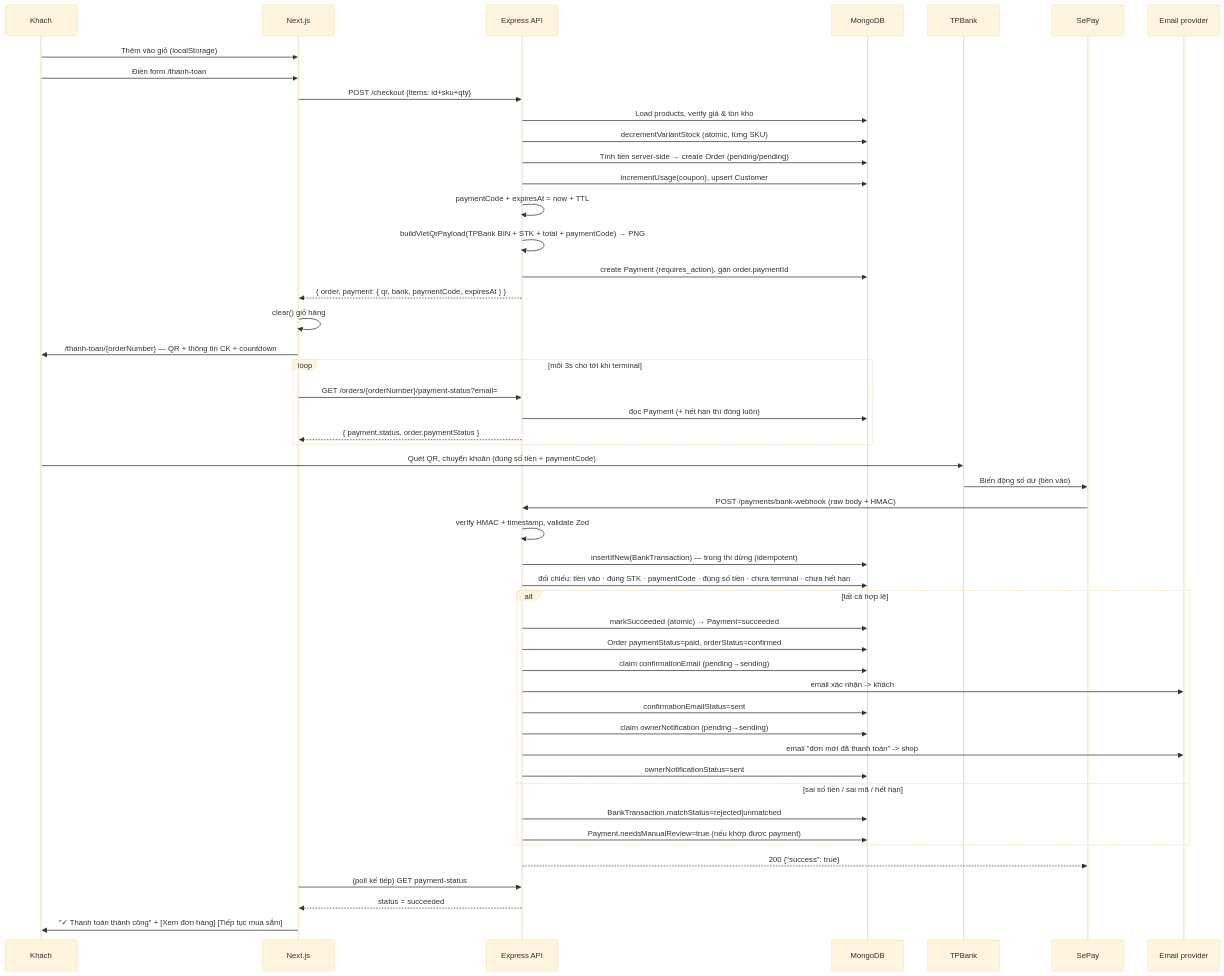
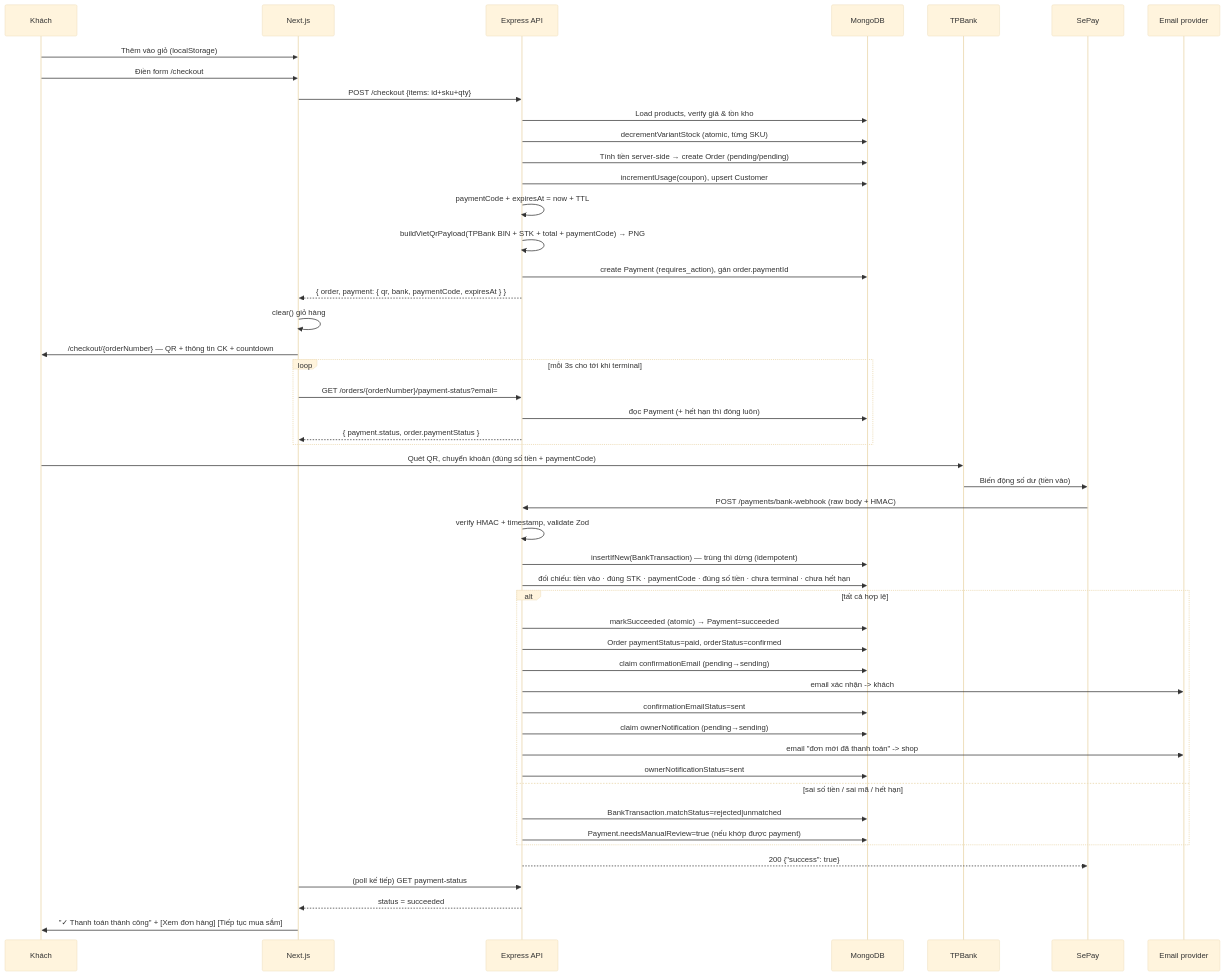
The second of 4 diagrams in TECHNICAL_OVERVIEW.md (sondopin/lylaglass), drawn with Mermaid (base theme) before and after one commit. The commit also changed other lines of this file and 68 other files, not shown here.

````diff
--- a/TECHNICAL_OVERVIEW.md
+++ b/TECHNICAL_OVERVIEW.md
@@ -518,55 +518,55 @@
 ```mermaid
 sequenceDiagram
     participant U as Khách
     participant FE as Next.js
     participant API as Express API
     participant DB as MongoDB
     participant BANK as TPBank
     participant SP as SePay
     participant MAIL as Email provider
 
     U->>FE: Thêm vào giỏ (localStorage)
-    U->>FE: Điền form /thanh-toan
+    U->>FE: Điền form /checkout
     FE->>API: POST /checkout {items: id+sku+qty}
     API->>DB: Load products, verify giá & tồn kho
     API->>DB: decrementVariantStock (atomic, từng SKU)
     API->>DB: Tính tiền server-side → create Order (pending/pending)
     API->>DB: incrementUsage(coupon), upsert Customer
     API->>API: paymentCode + expiresAt = now + TTL
     API->>API: buildVietQrPayload(TPBank BIN + STK + total + paymentCode) → PNG
     API->>DB: create Payment (requires_action), gán order.paymentId
     API-->>FE: { order, payment: { qr, bank, paymentCode, expiresAt } }
     FE->>FE: clear() giỏ hàng
-    FE->>U: /thanh-toan/{orderNumber} — QR + thông tin CK + countdown
+    FE->>U: /checkout/{orderNumber} — QR + thông tin CK + countdown
 
     loop mỗi 3s cho tới khi terminal
         FE->>API: GET /orders/{orderNumber}/payment-status?email=
         API->>DB: đọc Payment (+ hết hạn thì đóng luôn)
         API-->>FE: { payment.status, order.paymentStatus }
     end
 
     U->>BANK: Quét QR, chuyển khoản (đúng số tiền + paymentCode)
     BANK->>SP: Biến động số dư (tiền vào)
     SP->>API: POST /payments/bank-webhook (raw body + HMAC)
     API->>API: verify HMAC + timestamp, validate Zod
     API->>DB: insertIfNew(BankTransaction) — trùng thì dừng (idempotent)
     API->>DB: đối chiếu: tiền vào · đúng STK · paymentCode · đúng số tiền · chưa terminal · chưa hết hạn
     alt tất cả hợp lệ
         API->>DB: markSucceeded (atomic) → Payment=succeeded
         API->>DB: Order paymentStatus=paid, orderStatus=confirmed
         API->>DB: claim confirmationEmail (pending→sending)
         API->>MAIL: email xác nhận -> khách
         API->>DB: confirmationEmailStatus=sent
         API->>DB: claim ownerNotification (pending→sending)
         API->>MAIL: email "đơn mới đã thanh toán" -> shop
         API->>DB: ownerNotificationStatus=sent
     else sai số tiền / sai mã / hết hạn
         API->>DB: BankTransaction.matchStatus=rejected|unmatched
         API->>DB: Payment.needsManualReview=true (nếu khớp được payment)
     end
     API-->>SP: 200 {"success": true}
 
     FE->>API: (poll kế tiếp) GET payment-status
     API-->>FE: status = succeeded
     FE->>U: "✓ Thanh toán thành công" + [Xem đơn hàng] [Tiếp tục mua sắm]
 ```
````
